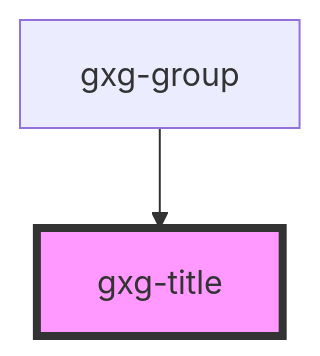
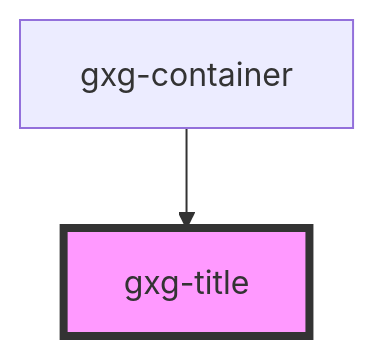
Before and after one commit to genexuslabs/gemini: the diagram in src/components/title/readme.md, drawn with Mermaid. The commit also changed other lines of this file and 6 other files, not shown here.

Commit message:
rename "group" component to "container"

````diff
--- a/src/components/title/readme.md
+++ b/src/components/title/readme.md
@@ -31,5 +31,5 @@
 ```mermaid
 graph TD;
-  gxg-group --> gxg-title
+  gxg-container --> gxg-title
   style gxg-title fill:#f9f,stroke:#333,stroke-width:4px
 ```
````
